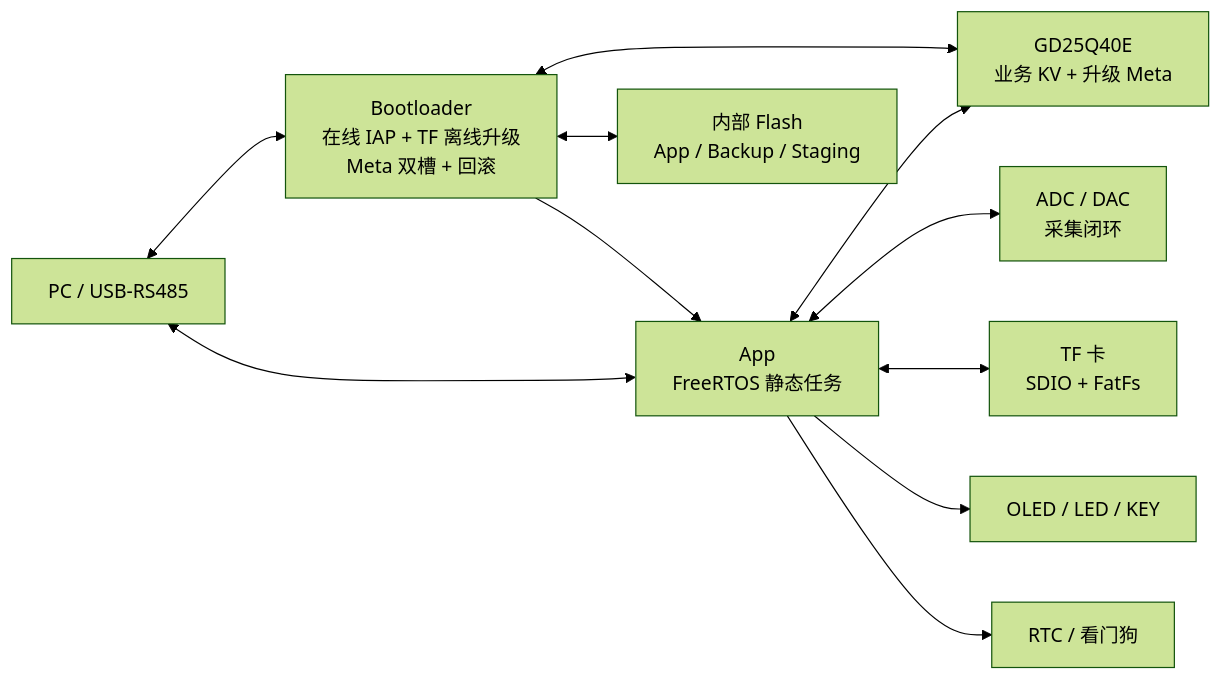
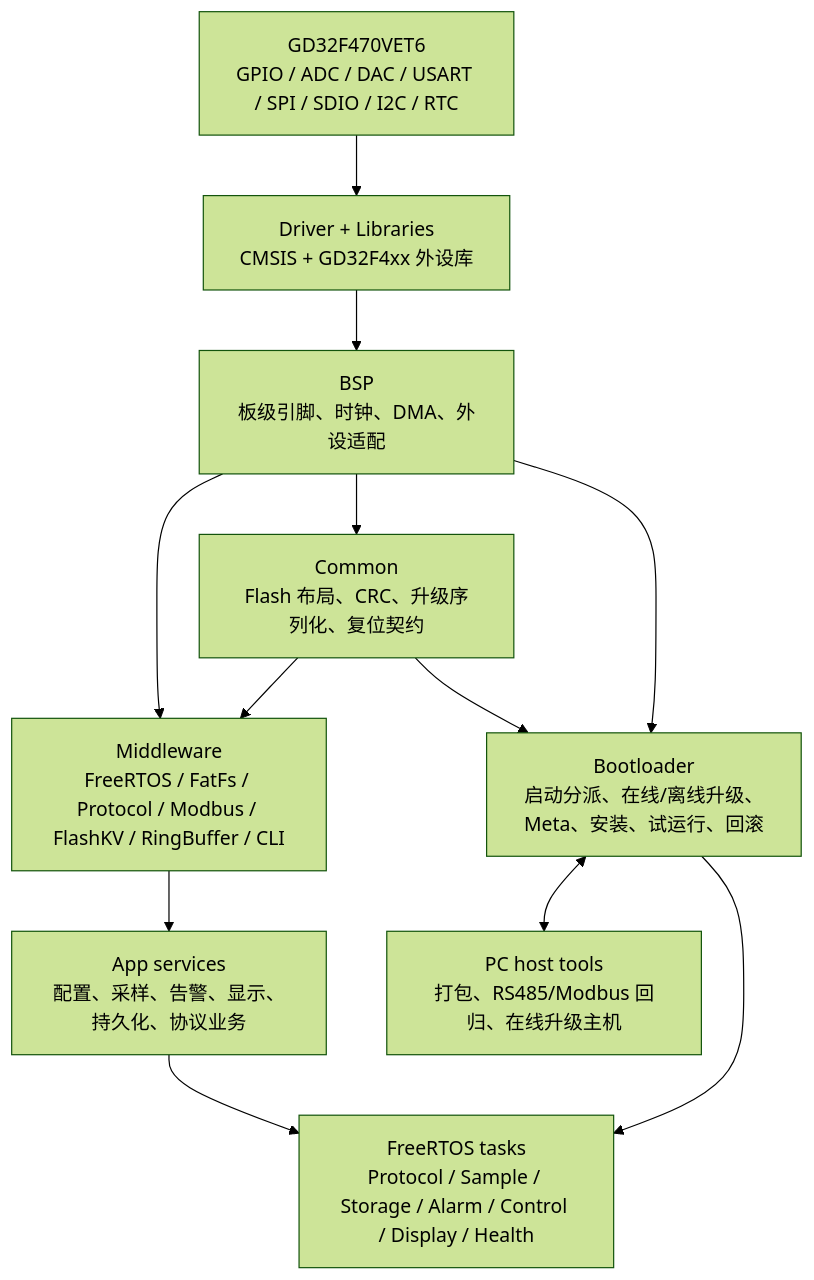
One commit to TheMIrddddddddd/EmbeddedSystem changed the first of 2 diagrams in README.md. Above: the diagram before and after it, drawn with Mermaid (forest theme). The commit also changed other lines of this file and 1 other file, not shown here.

```diff
--- a/README.md
+++ b/README.md
@@ -42,23 +35,22 @@
 ~~~mermaid
-flowchart LR
-    HOST["PC / USB-RS485"]
-    BOOT["Bootloader<br/>在线 IAP + TF 离线升级<br/>Meta 双槽 + 回滚"]
-    APP["App<br/>FreeRTOS 静态任务"]
-    META["GD25Q40E<br/>业务 KV + 升级 Meta"]
-    FLASH["内部 Flash<br/>App / Backup / Staging"]
-    TF["TF 卡<br/>SDIO + FatFs"]
-    ADC["ADC / DAC<br/>采集闭环"]
-    OLED["OLED / LED / KEY"]
-    RTC["RTC / 看门狗"]
+flowchart TB
+    HW["GD32F470VET6<br/>GPIO / ADC / DAC / USART / SPI / SDIO / I2C / RTC"]
+    VENDOR["Driver + Libraries<br/>CMSIS + GD32F4xx 外设库"]
+    BSP["BSP<br/>板级引脚、时钟、DMA、外设适配"]
+    COMMON["Common<br/>Flash 布局、CRC、升级序列化、复位契约"]
+    MW["Middleware<br/>FreeRTOS / FatFs / Protocol / Modbus / FlashKV / RingBuffer / CLI"]
+    SERVICES["App services<br/>配置、采样、告警、显示、持久化、协议业务"]
+    TASKS["FreeRTOS tasks<br/>Protocol / Sample / Storage / Alarm / Control / Display / Health"]
+    BOOT["Bootloader<br/>启动分派、在线/离线升级、Meta、安装、试运行、回滚"]
+    HOST["PC host tools<br/>打包、RS485/Modbus 回归、在线升级主机"]
 
-    HOST <--> BOOT
-    BOOT <--> META
-    BOOT <--> FLASH
-    BOOT --> APP
-    APP <--> HOST
-    APP <--> ADC
-    APP <--> TF
-    APP <--> META
-    APP --> OLED
-    APP --> RTC
+    HW --> VENDOR --> BSP
+    BSP --> COMMON
+    BSP --> MW
+    COMMON --> MW
+    MW --> SERVICES --> TASKS
+    COMMON --> BOOT
+    BSP --> BOOT
+    BOOT <--> HOST
+    BOOT --> TASKS
 ~~~
```
